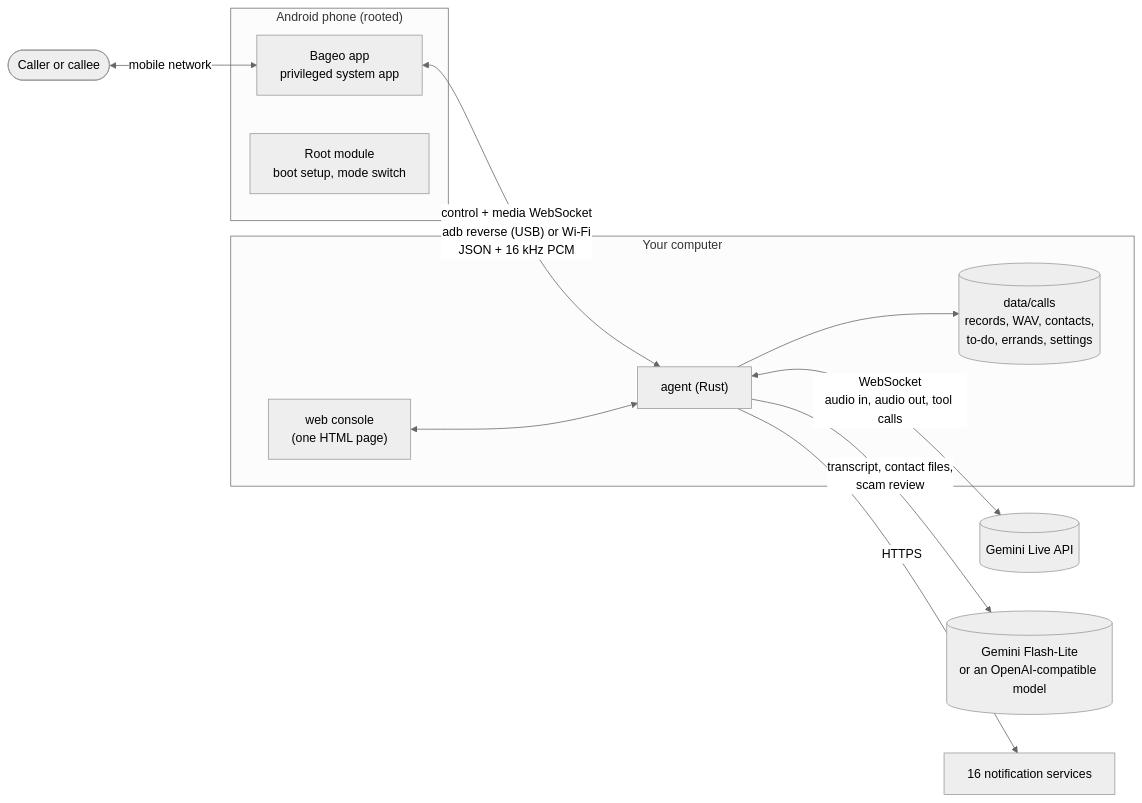
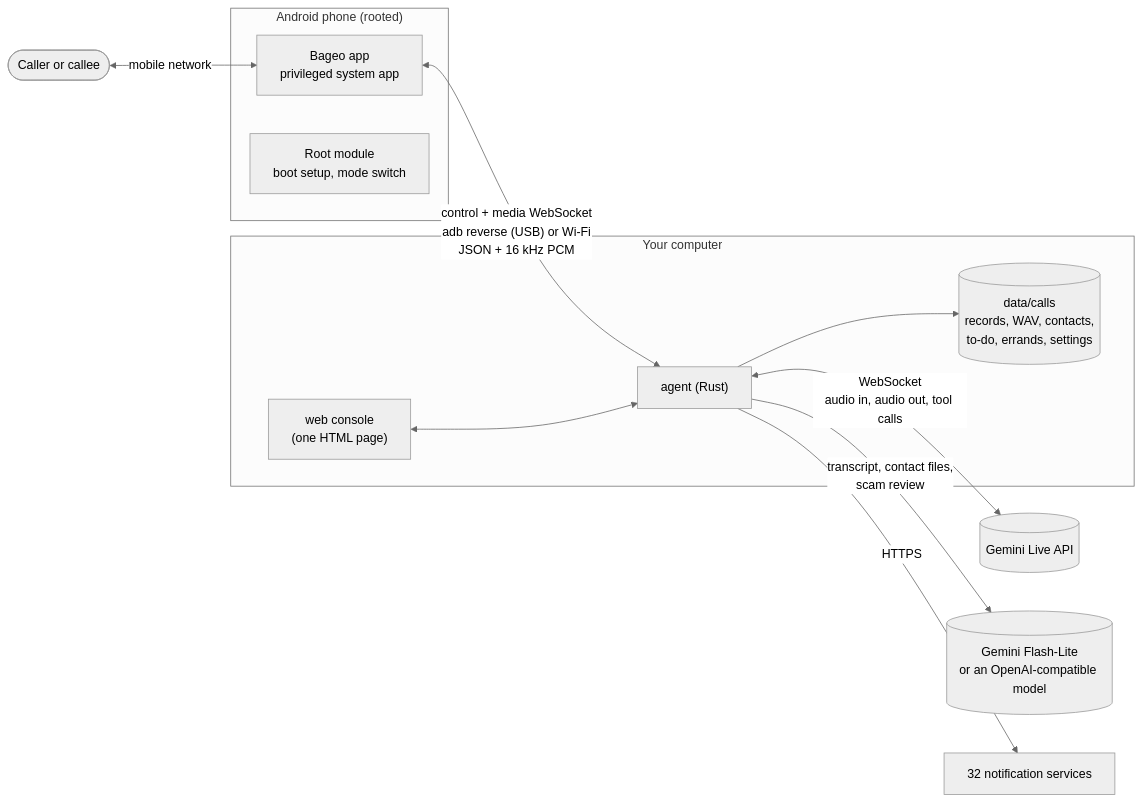
One commit to h4lo-void/bageo-call changed the first of 2 diagrams in docs/en/ARCHITECTURE.md. Above: the diagram before and after it, drawn with Mermaid (neutral theme). The commit also changed other lines of this file and 17 other files, not shown here.

````diff
--- a/docs/en/ARCHITECTURE.md
+++ b/docs/en/ARCHITECTURE.md
@@ -22,19 +22,19 @@
 ```mermaid
 flowchart LR
     subgraph phone["Android phone (rooted)"]
         app["Bageo app<br/>privileged system app"]
         module["Root module<br/>boot setup, mode switch"]
     end
     subgraph pc["Your computer"]
         agent["agent (Rust)"]
         data[("data/calls<br/>records, WAV, contacts,<br/>to-do, errands, settings")]
         ui["web console<br/>(one HTML page)"]
     end
     other(["Caller or callee"]) <-- "mobile network" --> app
     app <-- "control + media WebSocket<br/>adb reverse (USB) or Wi-Fi<br/>JSON + 16 kHz PCM" --> agent
     agent <-- "WebSocket<br/>audio in, audio out, tool calls" --> gemini[("Gemini Live API")]
     agent -- "transcript, contact files,<br/>scam review" --> llm[("Gemini Flash-Lite<br/>or an OpenAI-compatible model")]
     agent --> data
     ui <--> agent
-    agent -- "HTTPS" --> notify["16 notification services"]
+    agent -- "HTTPS" --> notify["32 notification services"]
 ```
````
